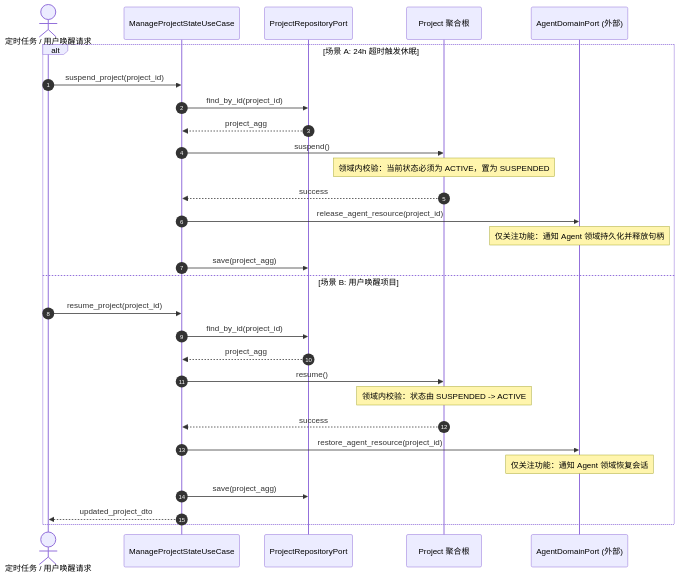
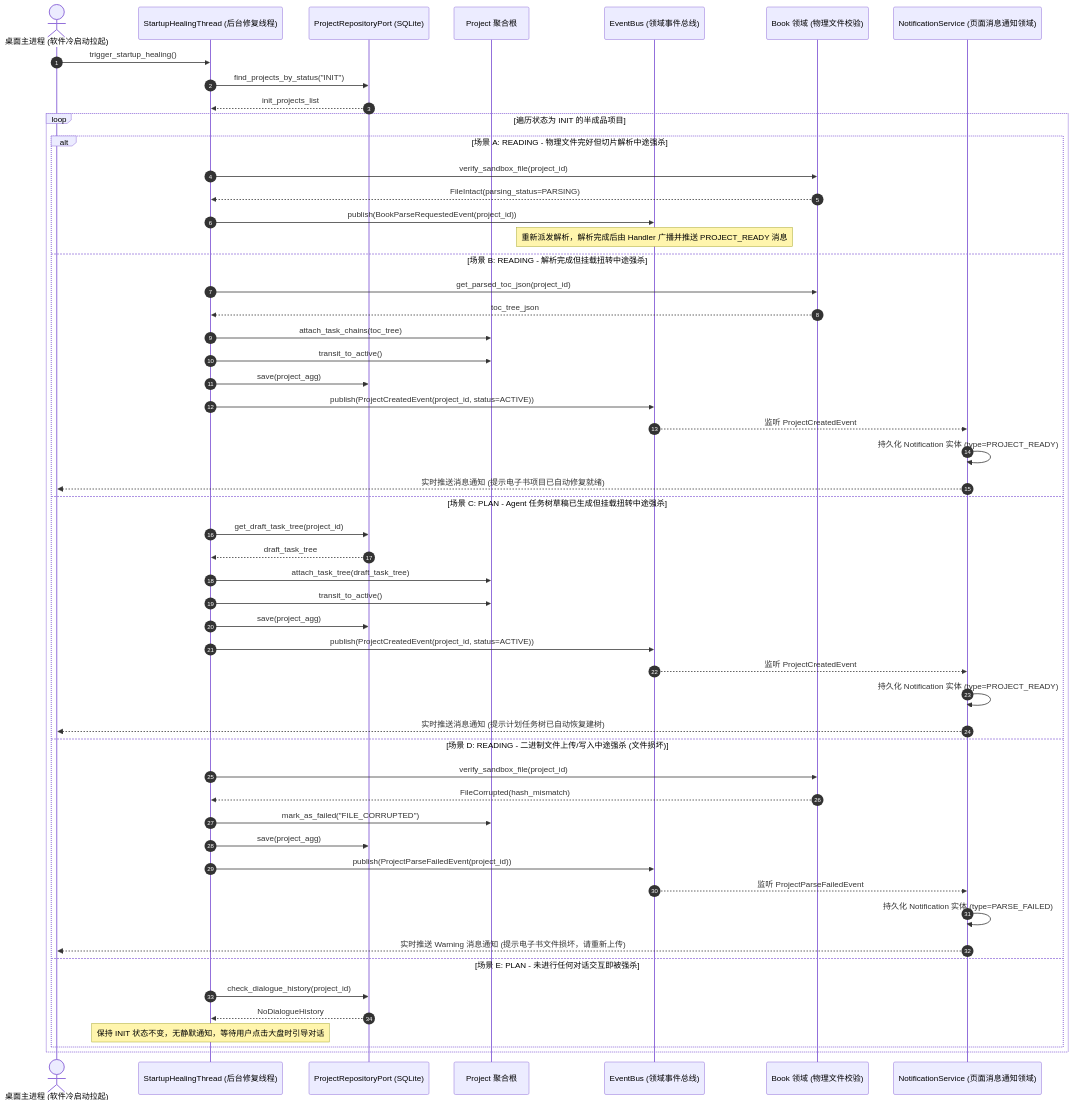
Before and after one commit to shanglihong/i-have-a-plan: the fourth of 6 diagrams in docs/10_backend_implementation_plan/project/project_backend_design_spec_v1.0.md, drawn with Mermaid. The commit also changed other lines of this file and 1 other file, not shown here.

````diff
--- a/docs/10_backend_implementation_plan/project/project_backend_design_spec_v1.0.md
+++ b/docs/10_backend_implementation_plan/project/project_backend_design_spec_v1.0.md
@@ -223,32 +217,61 @@
 ```mermaid
 sequenceDiagram
     autonumber
-    actor Trigger as 定时任务 / 用户唤醒请求
-    participant UC as ManageProjectStateUseCase
-    participant Repo as ProjectRepositoryPort
+    actor Host as 桌面主进程 (软件冷启动拉起)
+    participant HealingThread as StartupHealingThread (后台修复线程)
+    participant Repo as ProjectRepositoryPort (SQLite)
     participant Agg as Project 聚合根
-    participant AgentPort as AgentDomainPort (外部)
+    participant EventBus as EventBus (领域事件总线)
+    participant BookDomain as Book 领域 (物理文件校验)
+    participant NoticeService as NotificationService (页面消息通知领域)
 
-    alt 场景 A: 24h 超时触发休眠
-        Trigger->>UC: suspend_project(project_id)
-        UC->>Repo: find_by_id(project_id)
-        Repo-->>UC: project_agg
-        UC->>Agg: suspend()
-        Note over Agg: 领域内校验：当前状态必须为 ACTIVE，置为 SUSPENDED
-        Agg-->>UC: success
-        UC->>AgentPort: release_agent_resource(project_id)
-        Note over AgentPort: 仅关注功能：通知 Agent 领域持久化并释放句柄
-        UC->>Repo: save(project_agg)
-    else 场景 B: 用户唤醒项目
-        Trigger->>UC: resume_project(project_id)
-        UC->>Repo: find_by_id(project_id)
-        Repo-->>UC: project_agg
-        UC->>Agg: resume()
-        Note over Agg: 领域内校验：状态由 SUSPENDED -> ACTIVE
-        Agg-->>UC: success
-        UC->>AgentPort: restore_agent_resource(project_id)
-        Note over AgentPort: 仅关注功能：通知 Agent 领域恢复会话
-        UC->>Repo: save(project_agg)
-        UC-->>Trigger: updated_project_dto
+    Host->>HealingThread: trigger_startup_healing()
+    HealingThread->>Repo: find_projects_by_status("INIT")
+    Repo-->>HealingThread: init_projects_list
+
+    loop 遍历状态为 INIT 的半成品项目
+        alt 场景 A: READING - 物理文件完好但切片解析中途强杀
+            HealingThread->>BookDomain: verify_sandbox_file(project_id)
+            BookDomain-->>HealingThread: FileIntact(parsing_status=PARSING)
+            HealingThread->>EventBus: publish(BookParseRequestedEvent(project_id))
+            Note over EventBus: 重新派发解析，解析完成后由 Handler 广播并推送 PROJECT_READY 消息
+        
+        else 场景 B: READING - 解析完成但挂载扭转中途强杀
+            HealingThread->>BookDomain: get_parsed_toc_json(project_id)
+            BookDomain-->>HealingThread: toc_tree_json
+            HealingThread->>Agg: attach_task_chains(toc_tree)
+            HealingThread->>Agg: transit_to_active()
+            HealingThread->>Repo: save(project_agg)
+            HealingThread->>EventBus: publish(ProjectCreatedEvent(project_id, status=ACTIVE))
+            EventBus-->>NoticeService: 监听 ProjectCreatedEvent
+            NoticeService->>NoticeService: 持久化 Notification 实体 (type=PROJECT_READY)
+            NoticeService-->>Host: 实时推送消息通知 (提示电子书项目已自动修复就绪)
+
+        else 场景 C: PLAN - Agent 任务树草稿已生成但挂载扭转中途强杀
+            HealingThread->>Repo: get_draft_task_tree(project_id)
+            Repo-->>HealingThread: draft_task_tree
+            HealingThread->>Agg: attach_task_tree(draft_task_tree)
+            HealingThread->>Agg: transit_to_active()
+            HealingThread->>Repo: save(project_agg)
+            HealingThread->>EventBus: publish(ProjectCreatedEvent(project_id, status=ACTIVE))
+            EventBus-->>NoticeService: 监听 ProjectCreatedEvent
+            NoticeService->>NoticeService: 持久化 Notification 实体 (type=PROJECT_READY)
+            NoticeService-->>Host: 实时推送消息通知 (提示计划任务树已自动恢复建树)
+
+        else 场景 D: READING - 二进制文件上传/写入中途强杀 (文件损坏)
+            HealingThread->>BookDomain: verify_sandbox_file(project_id)
+            BookDomain-->>HealingThread: FileCorrupted(hash_mismatch)
+            HealingThread->>Agg: mark_as_failed("FILE_CORRUPTED")
+            HealingThread->>Repo: save(project_agg)
+            HealingThread->>EventBus: publish(ProjectParseFailedEvent(project_id))
+            EventBus-->>NoticeService: 监听 ProjectParseFailedEvent
+            NoticeService->>NoticeService: 持久化 Notification 实体 (type=PARSE_FAILED)
+            NoticeService-->>Host: 实时推送 Warning 消息通知 (提示电子书文件损坏，请重新上传)
+
+        else 场景 E: PLAN - 未进行任何对话交互即被强杀
+            HealingThread->>Repo: check_dialogue_history(project_id)
+            Repo-->>HealingThread: NoDialogueHistory
+            Note over HealingThread: 保持 INIT 状态不变，无静默通知，等待用户点击大盘时引导对话
+        end
     end
 ```
````
